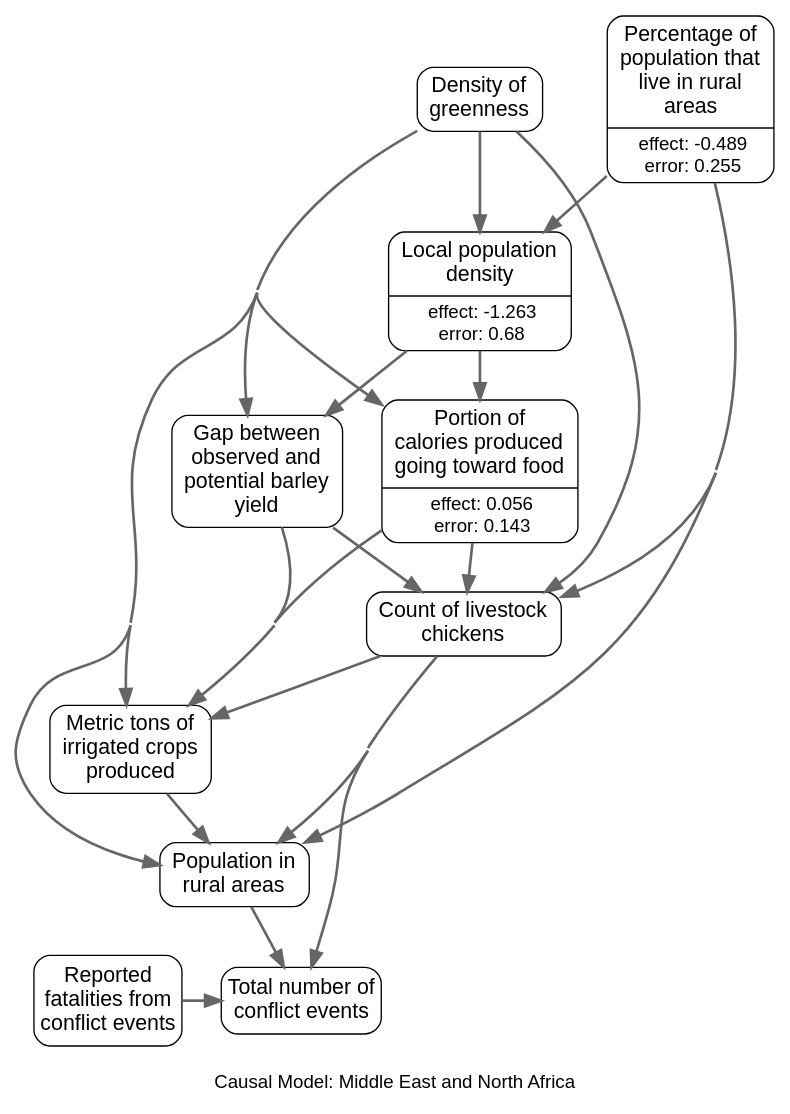
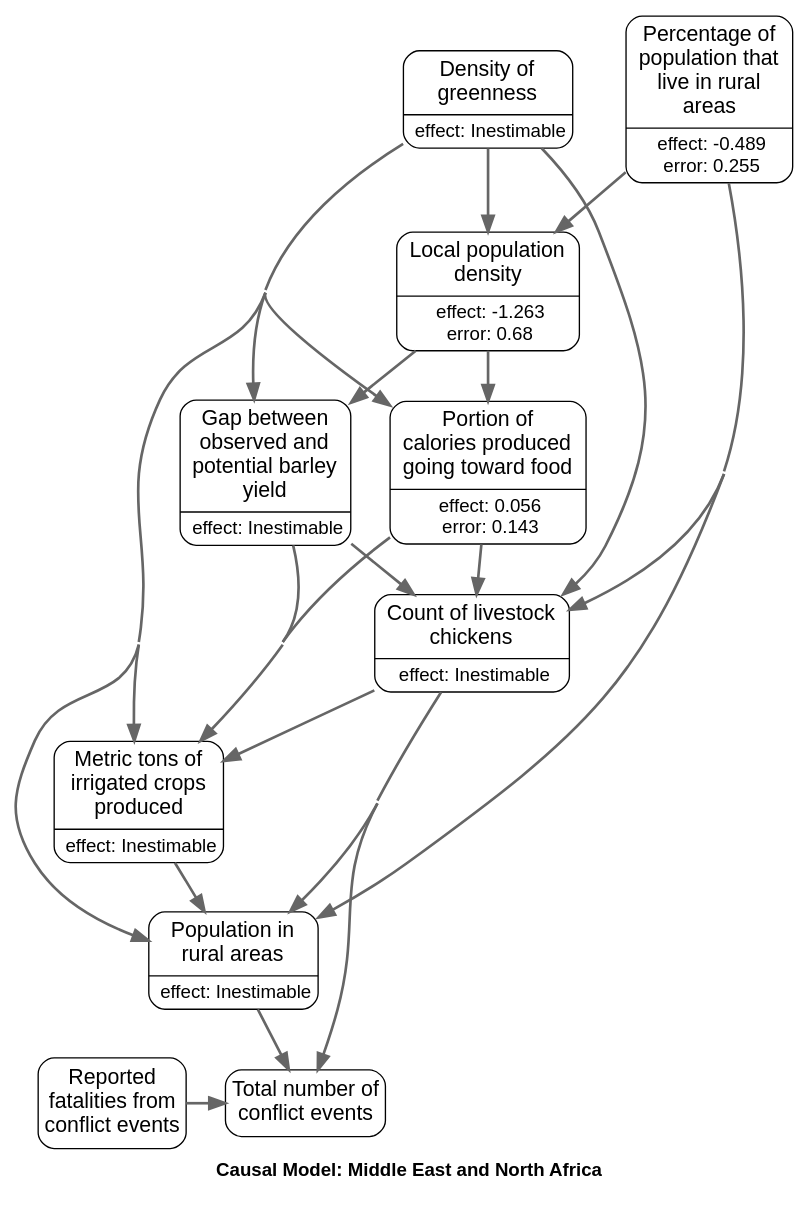
The diagram in app/javascript/images/regions/causal_graphs/middle_east_and_north_africa.gv (wri/wri-wpsi), drawn with Graphviz before and after one commit. The commit also changed 14 other files, not shown here.

Commit message:
graph updates, add legend

```diff
--- a/app/javascript/images/regions/causal_graphs/middle_east_and_north_africa.gv
+++ b/app/javascript/images/regions/causal_graphs/middle_east_and_north_africa.gv
@@ -1,81 +1,80 @@
 # generated file for region: middle_east_and_north_africa by CausalModelRegionGenerator
 strict digraph causalModel {
 fontname="Helvetica, Arial, sans-serif";
-label="
-Causal Model: Middle East and North Africa";
+label=<<TABLE BORDER="0" CELLBORDER="0" CELLSPACING="0"><TR><TD></TD></TR><TR><TD ALIGN="LEFT"><B>Causal Model: Middle East and North Africa</B></TD></TR></TABLE>>;
 labelloc = b;
 nodesep = 0.4;
 concentrate = true;
 node[shape = Mrecord, fontname = "Helvetica, Arial, sans-serif", margin = "0.10,0.06", penwidth = 1.0];
 edge[arrowsize = 1.2 penwidth = 2 color="#666666"];
 
 # nodes
 DeliveredkcalFraction_s [label = <{<table align="center" border="0" cellspacing="1" cellpadding="1">
 <tr><td><font point-size="16">Portion of<br/>calories produced<br/>going toward food<br/></font></td></tr>
 </table>
 |<table border="0" cellspacing="1" cellpadding="0.5"><tr><td><font point-size="14">effect: 0.056</font></td></tr>
 <tr><td><font point-size="14">error: 0.143</font></td></tr></table>}>, class = rankB];
-chicken_number_s [label = <<table align="center" border="0" cellspacing="1" cellpadding="1">
+chicken_number_s [label = <{<table align="center" border="0" cellspacing="1" cellpadding="1">
 <tr><td><font point-size="16">Count of livestock<br/>chickens<br/></font></td></tr>
 </table>
->, class = rankB];
-spam_P_i_avg_s [label = <<table align="center" border="0" cellspacing="1" cellpadding="1">
+|<table border="0" cellspacing="1" cellpadding="0.5"><tr><td><font point-size="14">effect: Inestimable</font></td></tr></table>}>, class = rankB];
+spam_P_i_avg_s [label = <{<table align="center" border="0" cellspacing="1" cellpadding="1">
 <tr><td><font point-size="16">Metric tons of<br/>irrigated crops<br/>produced<br/></font></td></tr>
 </table>
->, class = rankB];
-rurpop_s [label = <<table align="center" border="0" cellspacing="1" cellpadding="1">
+|<table border="0" cellspacing="1" cellpadding="0.5"><tr><td><font point-size="14">effect: Inestimable</font></td></tr></table>}>, class = rankB];
+rurpop_s [label = <{<table align="center" border="0" cellspacing="1" cellpadding="1">
 <tr><td><font point-size="16">Population in<br/>rural areas<br/></font></td></tr>
 </table>
->, class = rankB];
-yield_gap_barley_s [label = <<table align="center" border="0" cellspacing="1" cellpadding="1">
+|<table border="0" cellspacing="1" cellpadding="0.5"><tr><td><font point-size="14">effect: Inestimable</font></td></tr></table>}>, class = rankB];
+yield_gap_barley_s [label = <{<table align="center" border="0" cellspacing="1" cellpadding="1">
 <tr><td><font point-size="16">Gap between<br/>observed and<br/>potential barley<br/>yield<br/></font></td></tr>
 </table>
->, class = rankB];
+|<table border="0" cellspacing="1" cellpadding="0.5"><tr><td><font point-size="14">effect: Inestimable</font></td></tr></table>}>, class = rankB];
 rurratio_s [label = <{<table align="center" border="0" cellspacing="1" cellpadding="1">
 <tr><td><font point-size="16">Percentage of<br/>population that<br/>live in rural<br/>areas<br/></font></td></tr>
 </table>
 |<table border="0" cellspacing="1" cellpadding="0.5"><tr><td><font point-size="14">effect: -0.489</font></td></tr>
 <tr><td><font point-size="14">error: 0.255</font></td></tr></table>}>, class = rankA];
 locdensity_y [label = <{<table align="center" border="0" cellspacing="1" cellpadding="1">
 <tr><td><font point-size="16">Local population<br/>density<br/></font></td></tr>
 </table>
 |<table border="0" cellspacing="1" cellpadding="0.5"><tr><td><font point-size="14">effect: -1.263</font></td></tr>
 <tr><td><font point-size="14">error: 0.68</font></td></tr></table>}>, class = rankB];
-ndvi_act_min_m [label = <<table align="center" border="0" cellspacing="1" cellpadding="1">
+ndvi_act_min_m [label = <{<table align="center" border="0" cellspacing="1" cellpadding="1">
 <tr><td><font point-size="16">Density of<br/>greenness<br/></font></td></tr>
 </table>
->, class = rankA];
+|<table border="0" cellspacing="1" cellpadding="0.5"><tr><td><font point-size="14">effect: Inestimable</font></td></tr></table>}>, class = rankA];
 acl_sum_evnt_m [label = "Total number of
 conflict events" class = rankC shape=box style=rounded fontsize="16pt" margin = "0.05,0.10"];
 acl_sum_fatl_m [label = "Reported
 fatalities from
 conflict events" class = rankC shape=box style=rounded fontsize="16pt" margin = "0.05,0.10"];
 
 #ranks
 {rank=same; rurratio_s ndvi_act_min_m; }
 {rank=same; acl_sum_evnt_m acl_sum_fatl_m; }
 
 # links
 DeliveredkcalFraction_s -> chicken_number_s;
 DeliveredkcalFraction_s -> spam_P_i_avg_s;
 chicken_number_s -> spam_P_i_avg_s;
 chicken_number_s -> rurpop_s;
 chicken_number_s -> acl_sum_evnt_m;
 spam_P_i_avg_s -> rurpop_s;
 rurpop_s -> acl_sum_evnt_m;
 yield_gap_barley_s -> chicken_number_s;
 yield_gap_barley_s -> spam_P_i_avg_s;
 rurratio_s -> chicken_number_s;
 rurratio_s -> rurpop_s;
 rurratio_s -> locdensity_y;
 locdensity_y -> DeliveredkcalFraction_s;
 locdensity_y -> yield_gap_barley_s;
 ndvi_act_min_m -> DeliveredkcalFraction_s;
 ndvi_act_min_m -> chicken_number_s;
 ndvi_act_min_m -> spam_P_i_avg_s;
 ndvi_act_min_m -> rurpop_s;
 ndvi_act_min_m -> yield_gap_barley_s;
 ndvi_act_min_m -> locdensity_y;
 acl_sum_fatl_m -> acl_sum_evnt_m;
 
 }
```
